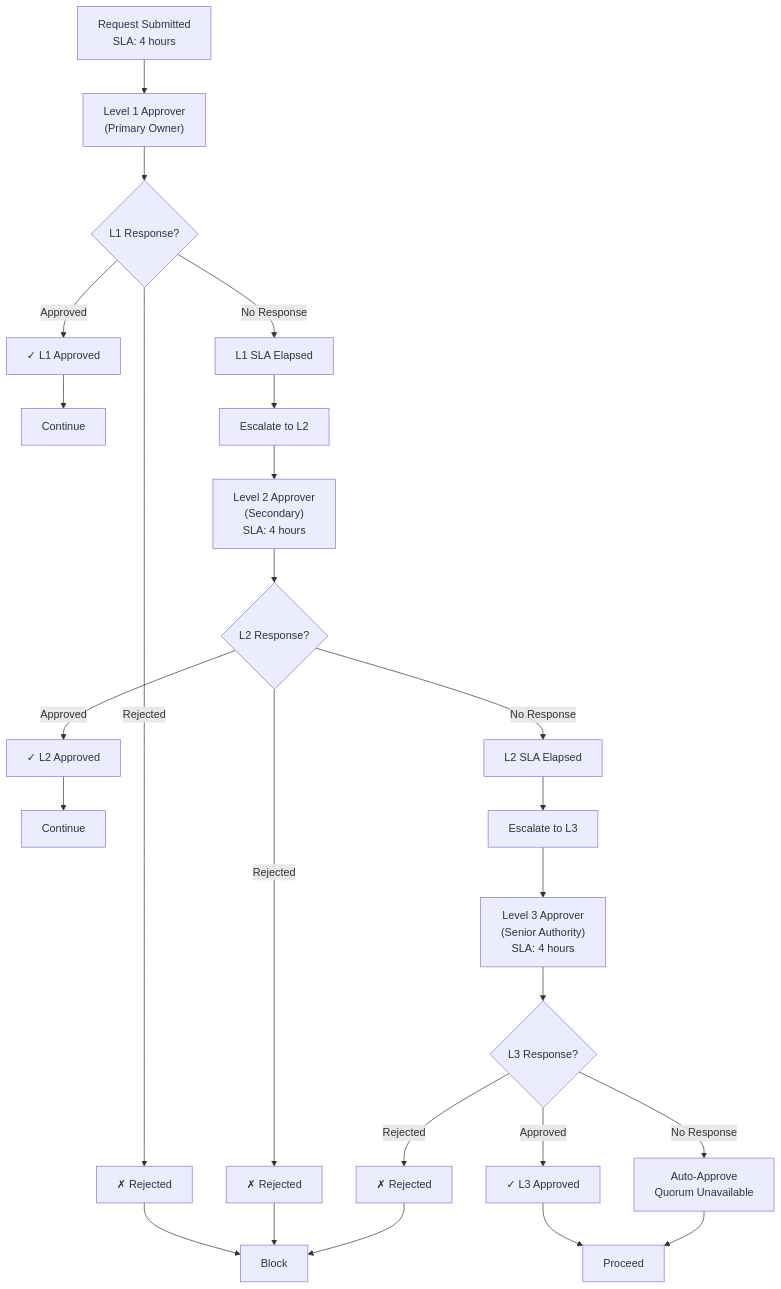
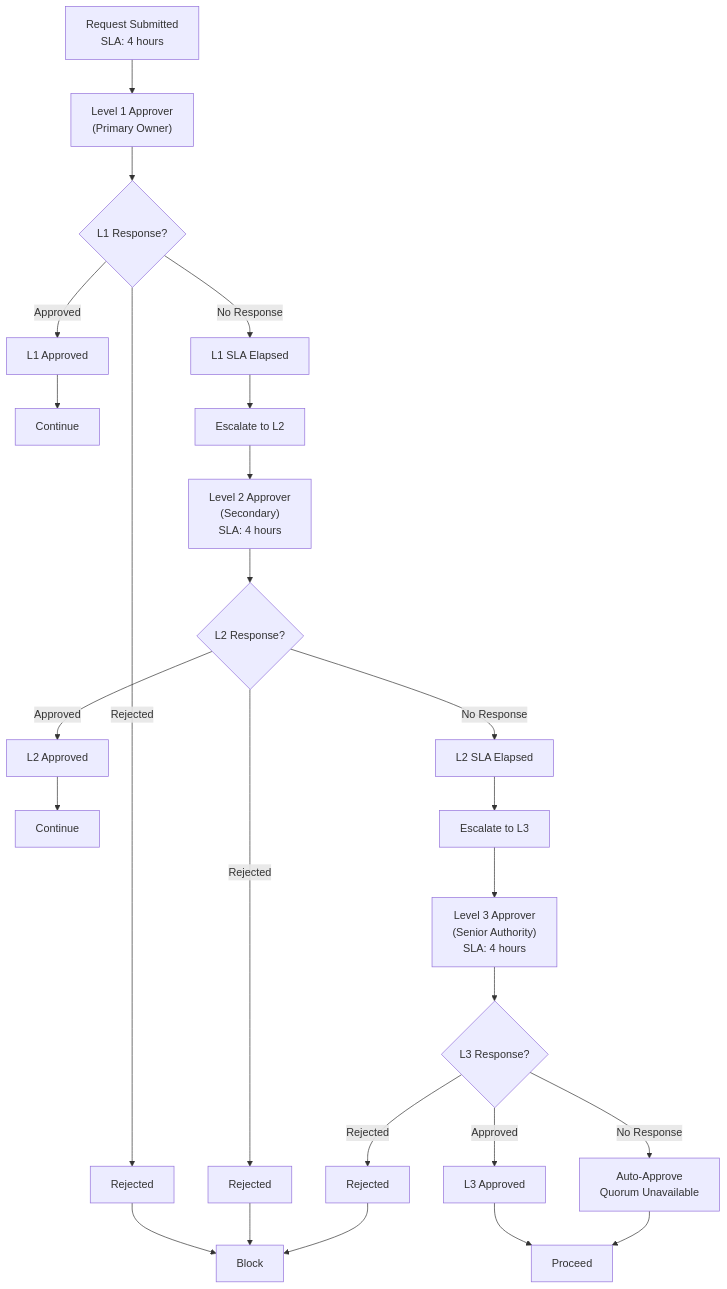
Before and after one commit to Aries-Serpent/_codex_: the second of 3 diagrams in docs/arch/approval-policies-detailed.md, drawn with Mermaid. The commit also changed other lines of this file and 1989 other files, not shown here.

````diff
--- a/docs/arch/approval-policies-detailed.md
+++ b/docs/arch/approval-policies-detailed.md
@@ -601,35 +601,35 @@
 ```mermaid
 graph TD
     A["Request Submitted<br/>SLA: 4 hours"] --> B["Level 1 Approver<br/>(Primary Owner)"]
     
     B --> C{"L1 Response?"}
-    C -->|Approved| D["✓ L1 Approved"]
-    C -->|Rejected| E["✗ Rejected"]
+    C -->|Approved| D[" L1 Approved"]
+    C -->|Rejected| E[" Rejected"]
     C -->|No Response| F["L1 SLA Elapsed"]
     
     D --> G["Continue"]
     E --> H["Block"]
     F --> I["Escalate to L2"]
     
     I --> J["Level 2 Approver<br/>(Secondary)<br/>SLA: 4 hours"]
     J --> K{"L2 Response?"}
     
-    K -->|Approved| L["✓ L2 Approved"]
-    K -->|Rejected| M["✗ Rejected"]
+    K -->|Approved| L[" L2 Approved"]
+    K -->|Rejected| M[" Rejected"]
     K -->|No Response| N["L2 SLA Elapsed"]
     
     L --> O["Continue"]
     M --> H
     N --> P["Escalate to L3"]
     
     P --> Q["Level 3 Approver<br/>(Senior Authority)<br/>SLA: 4 hours"]
     Q --> R{"L3 Response?"}
     
-    R -->|Approved| S["✓ L3 Approved"]
-    R -->|Rejected| T["✗ Rejected"]
+    R -->|Approved| S[" L3 Approved"]
+    R -->|Rejected| T[" Rejected"]
     R -->|No Response| U["Auto-Approve<br/>Quorum Unavailable"]
     
     S --> V["Proceed"]
     T --> H
     U --> V
 ```
````
